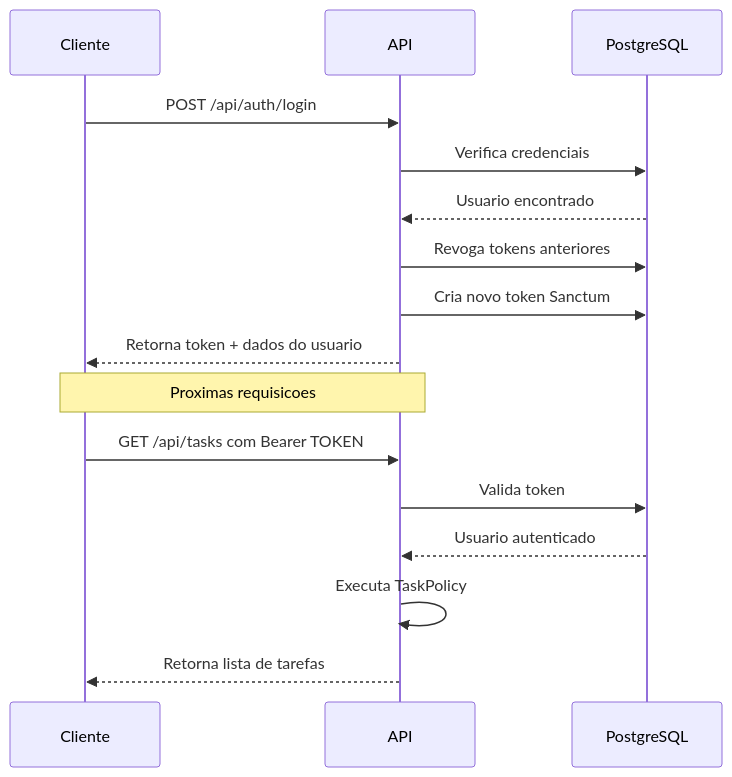
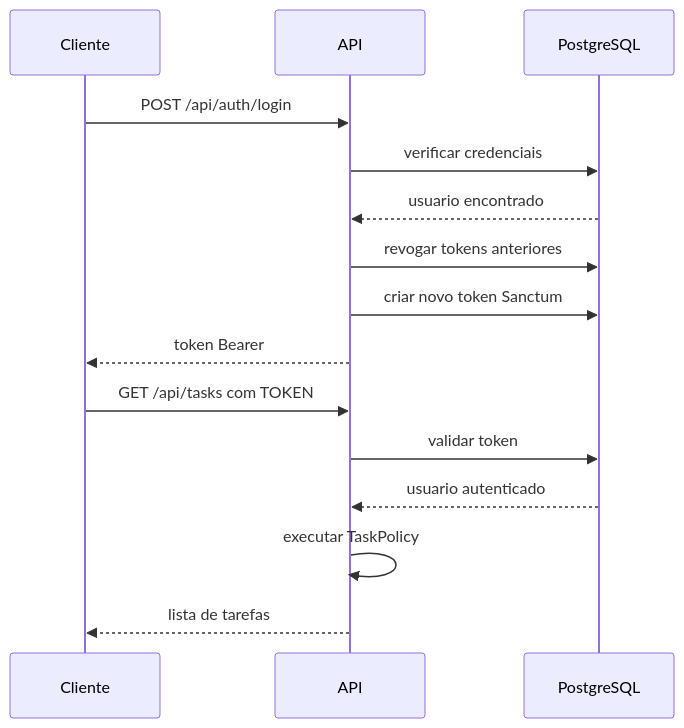
One commit to DarioCampagnaCoutinho/api-tasks changed the second of 4 diagrams in README.md. Above: the diagram before and after it, drawn with Mermaid. The commit also changed other lines of this file, not shown here.

````diff
--- a/README.md
+++ b/README.md
@@ -69,21 +72,14 @@
 ```mermaid
 sequenceDiagram
-    participant C as Cliente
-    participant A as API
-    participant DB as PostgreSQL
-
-    C->>A: POST /api/auth/login
-    A->>DB: Verifica credenciais
-    DB-->>A: Usuario encontrado
-    A->>DB: Revoga tokens anteriores
-    A->>DB: Cria novo token Sanctum
-    A-->>C: Retorna token + dados do usuario
-
-    Note over C,A: Proximas requisicoes
-
-    C->>A: GET /api/tasks com Bearer TOKEN
-    A->>DB: Valida token
-    DB-->>A: Usuario autenticado
-    A->>A: Executa TaskPolicy
-    A-->>C: Retorna lista de tarefas
+    Cliente->>API: POST /api/auth/login
+    API->>PostgreSQL: verificar credenciais
+    PostgreSQL-->>API: usuario encontrado
+    API->>PostgreSQL: revogar tokens anteriores
+    API->>PostgreSQL: criar novo token Sanctum
+    API-->>Cliente: token Bearer
+    Cliente->>API: GET /api/tasks com TOKEN
+    API->>PostgreSQL: validar token
+    PostgreSQL-->>API: usuario autenticado
+    API->>API: executar TaskPolicy
+    API-->>Cliente: lista de tarefas
 ```
````
